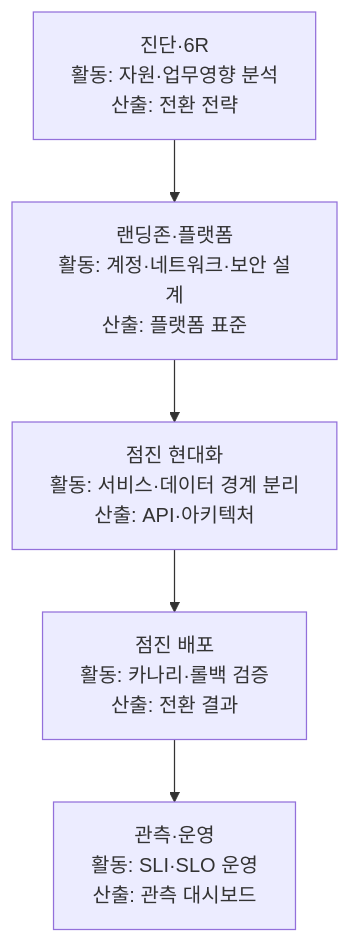
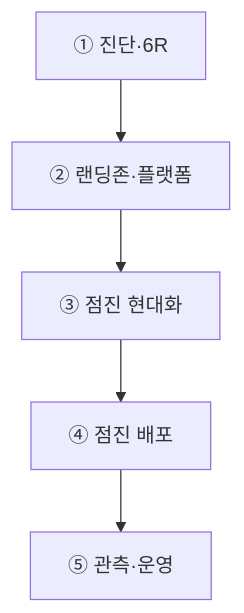
Before and after one commit to agnusdei1207/study: the third of 3 diagrams in src/content/docs/notes/itpe/01-it-strategy/021_public_cloud_native_transition.md, drawn with Mermaid. The commit also changed other lines of this file and 19 other files, not shown here.

````diff
--- a/src/content/docs/notes/itpe/01-it-strategy/021_public_cloud_native_transition.md
+++ b/src/content/docs/notes/itpe/01-it-strategy/021_public_cloud_native_transition.md
@@ -141,10 +132,4 @@
 ```mermaid
 flowchart TD
-    S1["진단·6R<br/>활동: 자원·업무영향 분석<br/>산출: 전환 전략"]
-    S2["랜딩존·플랫폼<br/>활동: 계정·네트워크·보안 설계<br/>산출: 플랫폼 표준"]
-    S3["점진 현대화<br/>활동: 서비스·데이터 경계 분리<br/>산출: API·아키텍처"]
-    S4["점진 배포<br/>활동: 카나리·롤백 검증<br/>산출: 전환 결과"]
-    S5["관측·운영<br/>활동: SLI·SLO 운영<br/>산출: 관측 대시보드"]
-
-    S1 --> S2 --> S3 --> S4 --> S5
+    S1["① 진단·6R"] --> S2["② 랜딩존·플랫폼"] --> S3["③ 점진 현대화"] --> S4["④ 점진 배포"] --> S5["⑤ 관측·운영"]
 ```
````
